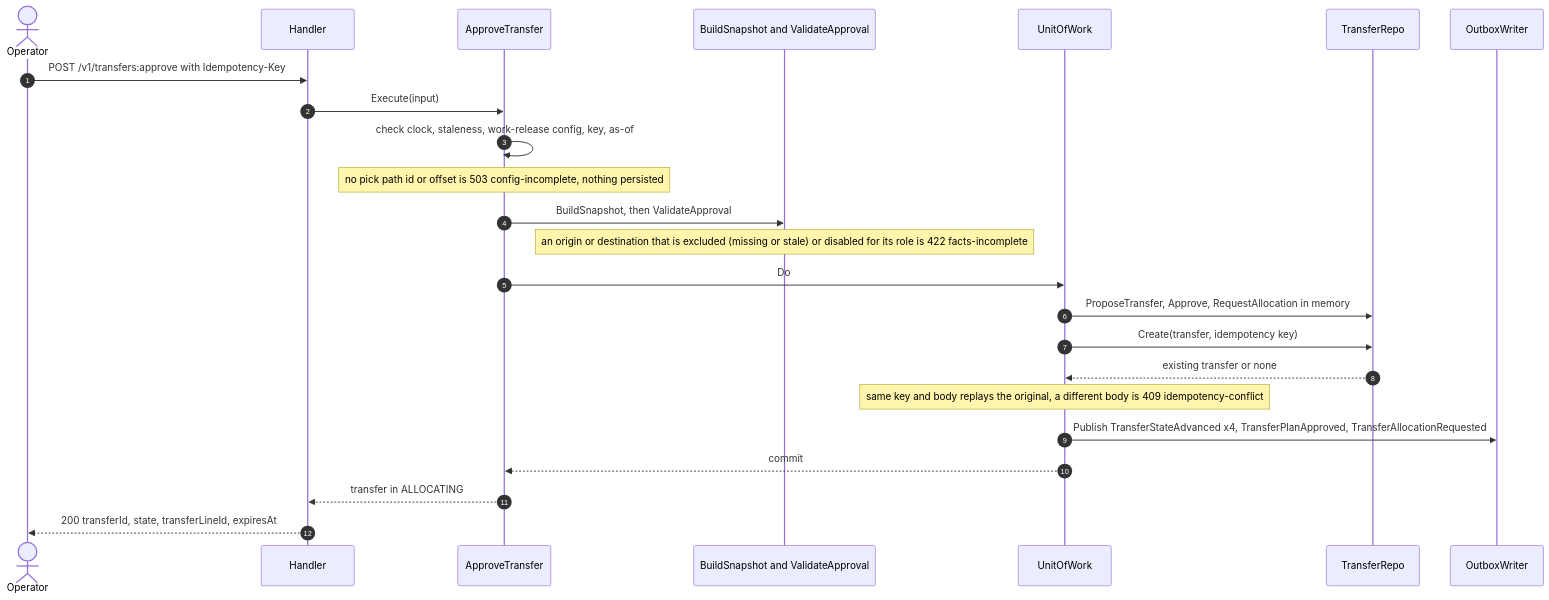
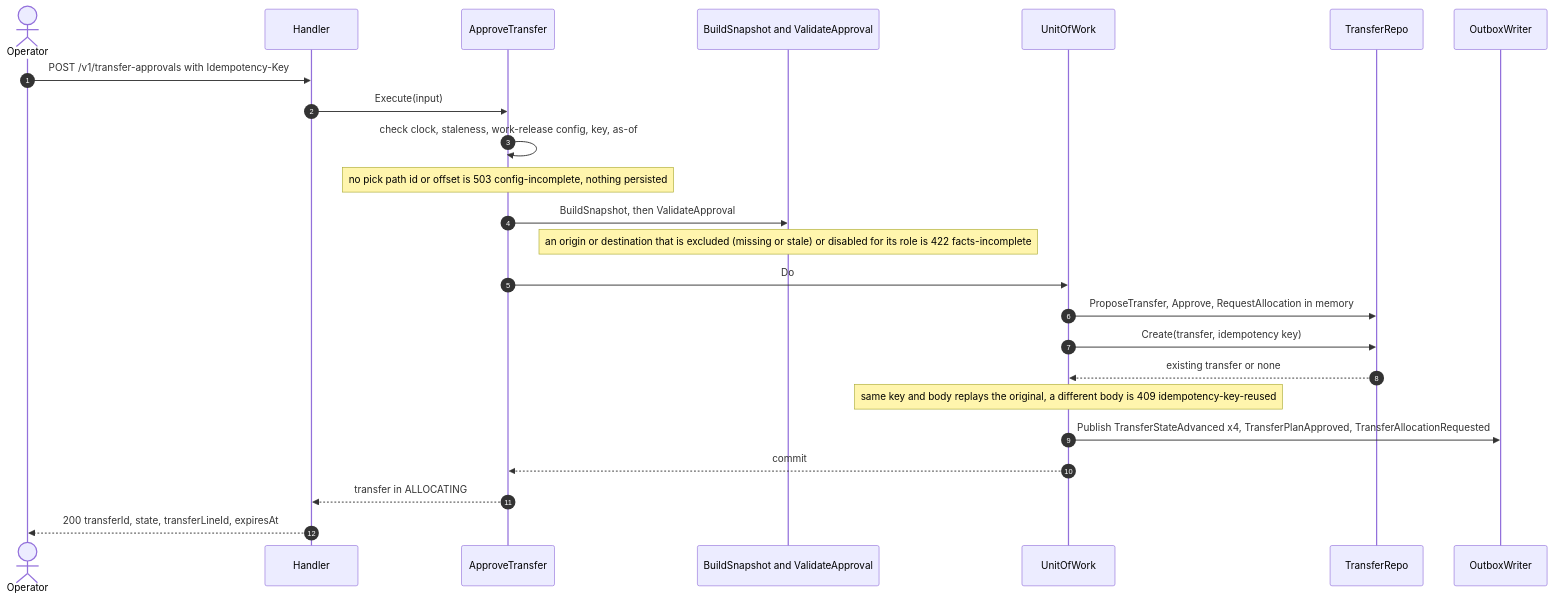
The third of 8 diagrams in docs/contexts/network-inventory-planning/sequence-diagrams.md (IQVO/warehouse-docs), drawn with Mermaid before and after one commit. The commit also changed 272 other files, not shown here.

````diff
--- a/docs/contexts/network-inventory-planning/sequence-diagrams.md
+++ b/docs/contexts/network-inventory-planning/sequence-diagrams.md
@@ -74,26 +74,26 @@
 ```mermaid
 sequenceDiagram
   autonumber
   actor Op as Operator
   participant H as Handler
   participant A as ApproveTransfer
   participant D as BuildSnapshot and ValidateApproval
   participant U as UnitOfWork
   participant T as TransferRepo
   participant O as OutboxWriter
-  Op->>H: POST /v1/transfers:approve with Idempotency-Key
+  Op->>H: POST /v1/transfer-approvals with Idempotency-Key
   H->>A: Execute(input)
   A->>A: check clock, staleness, work-release config, key, as-of
   Note over A: no pick path id or offset is 503 config-incomplete, nothing persisted
   A->>D: BuildSnapshot, then ValidateApproval
   Note over D: an origin or destination that is excluded (missing or stale) or disabled for its role is 422 facts-incomplete
   A->>U: Do
   U->>T: ProposeTransfer, Approve, RequestAllocation in memory
   U->>T: Create(transfer, idempotency key)
   T-->>U: existing transfer or none
-  Note over U: same key and body replays the original, a different body is 409 idempotency-conflict
+  Note over U: same key and body replays the original, a different body is 409 idempotency-key-reused
   U->>O: Publish TransferStateAdvanced x4, TransferPlanApproved, TransferAllocationRequested
   U-->>A: commit
   A-->>H: transfer in ALLOCATING
   H-->>Op: 200 transferId, state, transferLineId, expiresAt
 ```
````
